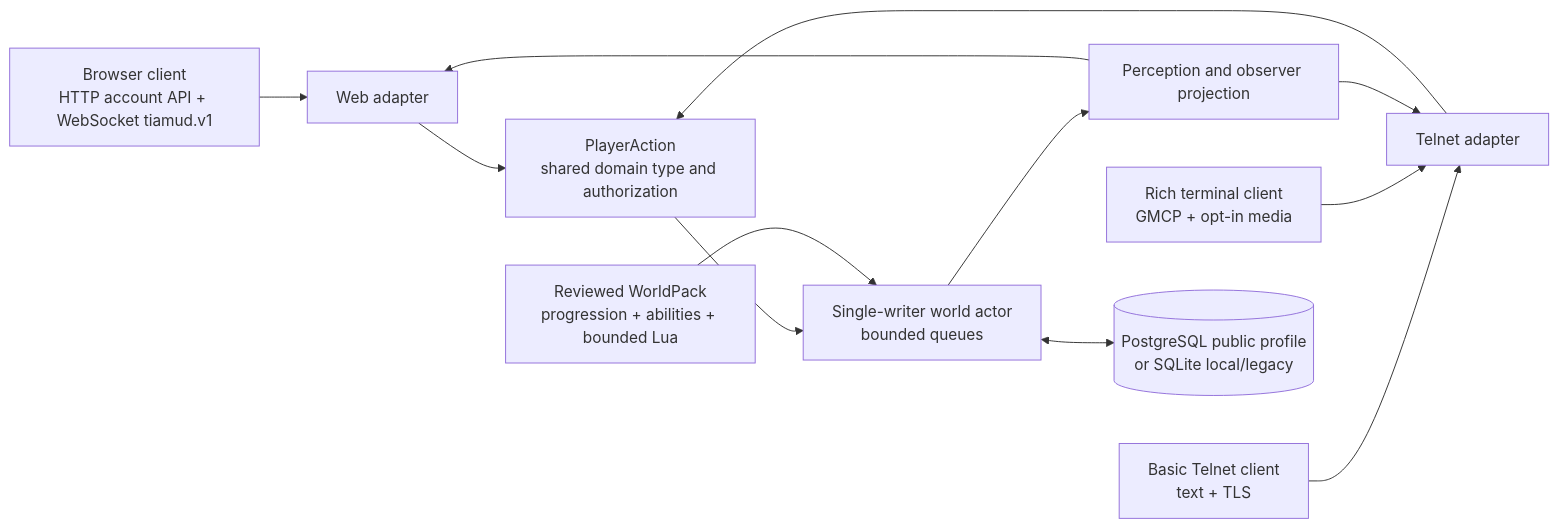
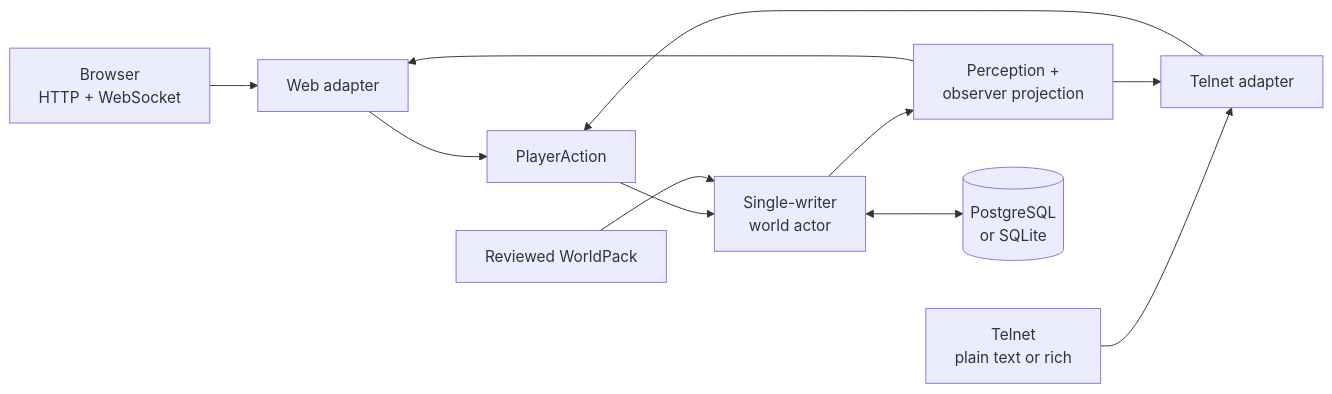
Before and after one commit to hyukudan/tiamud: the diagram in README.md, drawn with Mermaid. The commit also changed other lines of this file and 63 other files, not shown here.

Commit message:
Implement WorldPack v3 progression and scene composition

````diff
--- a/README.md
+++ b/README.md
@@ -88,19 +66,16 @@
 ```mermaid
 flowchart LR
     accTitle: Tiamud shared action architecture
-    accDescr: Browser and terminal gameplay inputs share one authorized domain path, world actor, observer projection and selected persistence backend.
+    accDescr: Browser and terminal inputs share one authorized domain path, observer projection and selected persistence backend.
 
-    Browser[Browser client<br/>HTTP account API + WebSocket tiamud.v1] --> Web[Web adapter]
-    Telnet[Basic Telnet client<br/>text + TLS] --> TN[Telnet adapter]
-    Rich[Rich terminal client<br/>GMCP + opt-in media] --> TN
-
-    Web --> Action[PlayerAction<br/>shared domain type and authorization]
+    Browser[Browser<br/>HTTP + WebSocket] --> Web[Web adapter]
+    Telnet[Telnet<br/>plain text or rich] --> TN[Telnet adapter]
+    Web --> Action[PlayerAction]
     TN --> Action
-    Action --> Actor[Single-writer world actor<br/>bounded queues]
-    Actor --> Projection[Perception and observer projection]
+    Action --> Actor[Single-writer<br/>world actor]
+    Actor --> Projection[Perception +<br/>observer projection]
     Projection --> Web
     Projection --> TN
-
-    Actor <--> Store[(PostgreSQL public profile<br/>or SQLite local/legacy)]
-    Pack[Reviewed WorldPack<br/>progression + abilities + bounded Lua] --> Actor
+    Actor <--> Store[(PostgreSQL<br/>or SQLite)]
+    Pack[Reviewed WorldPack] --> Actor
 ```
````
